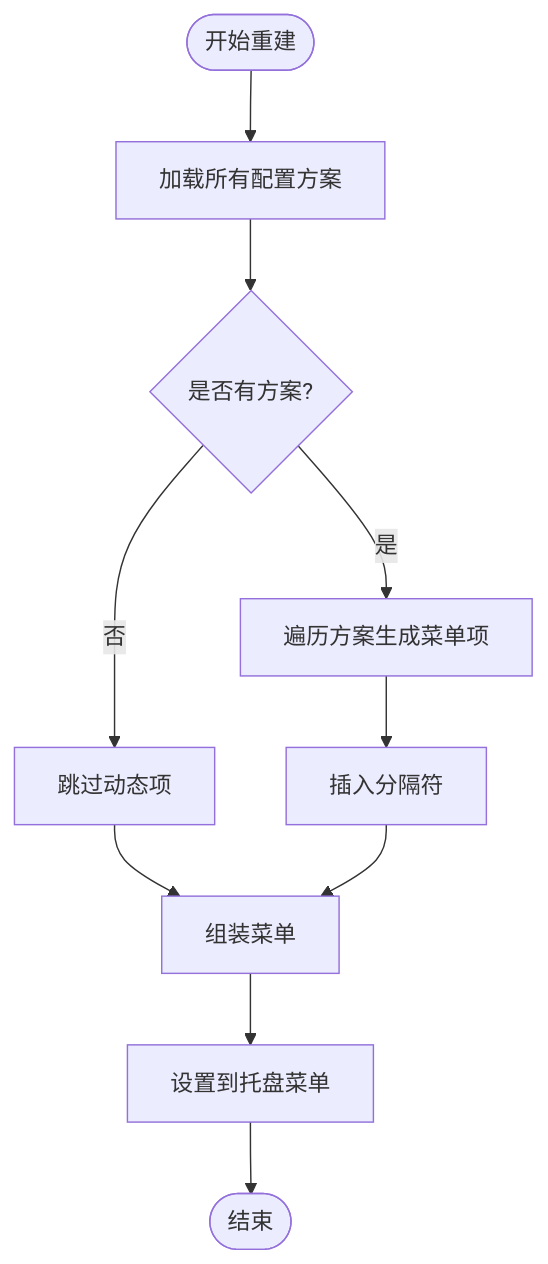
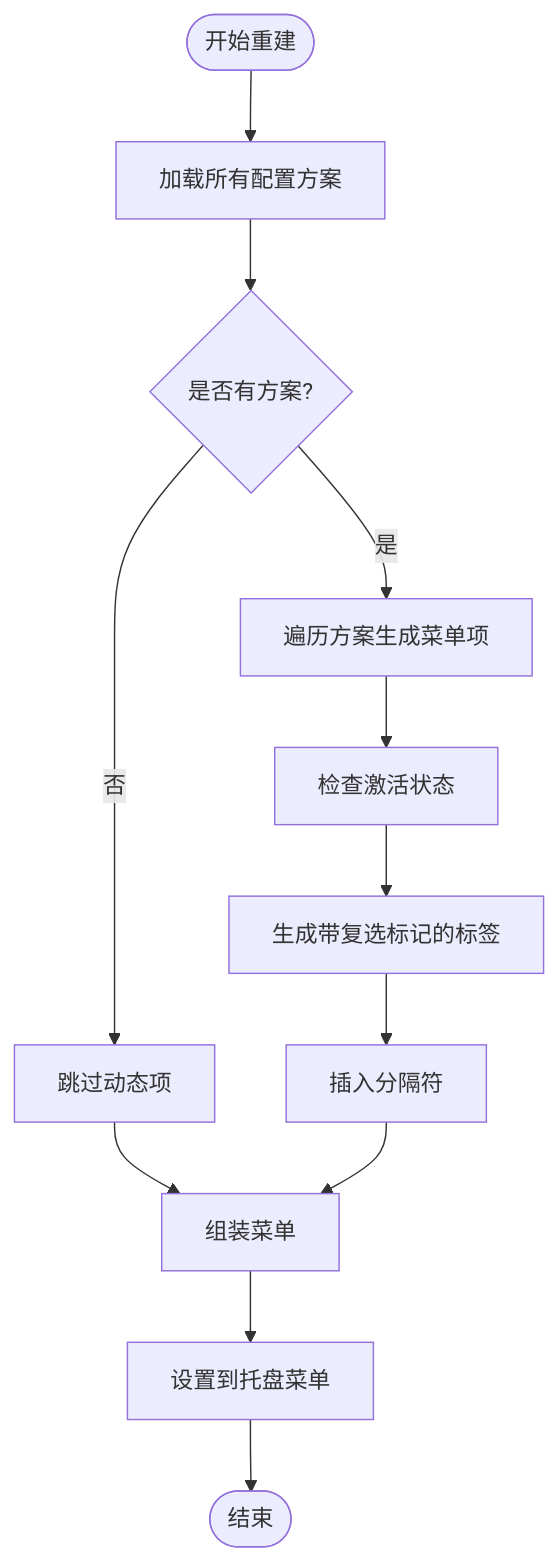
One commit to xdongliang/IPSwitcher changed the fourth of 6 diagrams in .qoder/repowiki/zh/content/系统集成/系统托盘集成.md. Above: the diagram before and after it, drawn with Mermaid. The commit also changed other lines of this file and 5 other files, not shown here.

````diff
--- a/.qoder/repowiki/zh/content/系统集成/系统托盘集成.md
+++ b/.qoder/repowiki/zh/content/系统集成/系统托盘集成.md
@@ -163,12 +184,14 @@
 ```mermaid
 flowchart TD
 RStart(["开始重建"]) --> Load["加载所有配置方案"]
 Load --> Empty{"是否有方案?"}
 Empty --> |是| Loop["遍历方案生成菜单项"]
 Empty --> |否| Skip["跳过动态项"]
-Loop --> Sep["插入分隔符"]
+Loop --> Active["检查激活状态"]
+Active --> Label["生成带复选标记的标签"]
+Label --> Sep["插入分隔符"]
 Skip --> Build["组装菜单"]
 Sep --> Build
 Build --> Set["设置到托盘菜单"]
 Set --> REnd(["结束"])
 ```
````
